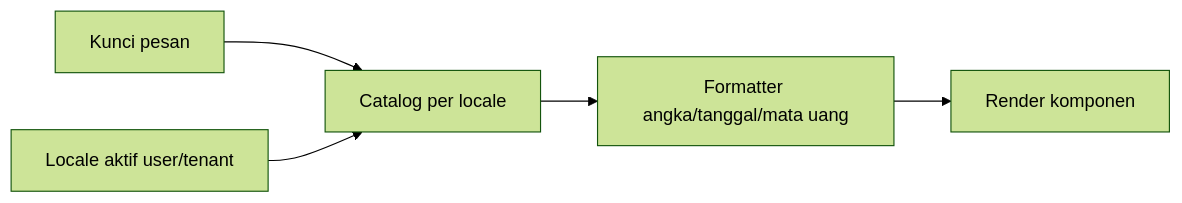
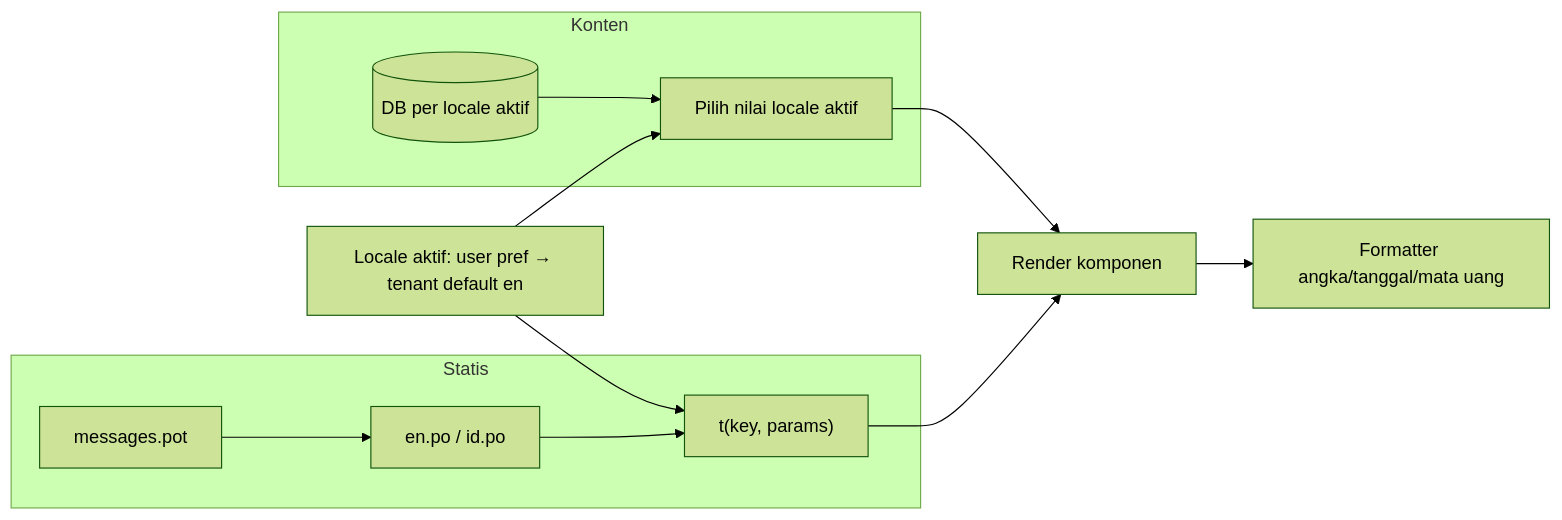
Before and after one commit to ahliweb/awcms-mini: the fourth of 4 diagrams in docs/awcms-mini/14_ui_ux_design_system.md, drawn with Mermaid (forest theme). The commit also changed other lines of this file and 7 other files, not shown here.

First line of the commit message:
docs(i18n): refine i18n spec — .po gettext for UI, DB per-locale for content, English default, flag switcher

````diff
--- a/docs/awcms-mini/14_ui_ux_design_system.md
+++ b/docs/awcms-mini/14_ui_ux_design_system.md
@@ -231,7 +238,15 @@
 ```mermaid
 flowchart LR
-  Key[Kunci pesan] --> Cat[Catalog per locale]
-  Cat --> Fmt[Formatter angka/tanggal/mata uang]
-  Fmt --> Render[Render komponen]
-  Loc[Locale aktif user/tenant] --> Cat
+  subgraph Statis
+    POT[messages.pot] --> PO[en.po / id.po]
+    PO --> T["t(key, params)"]
+  end
+  subgraph Konten
+    DB[(DB per locale aktif)] --> Pick[Pilih nilai locale aktif]
+  end
+  Loc[Locale aktif: user pref → tenant default en] --> T
+  Loc --> Pick
+  T --> Render[Render komponen]
+  Pick --> Render
+  Render --> Fmt[Formatter angka/tanggal/mata uang]
 ```
````
